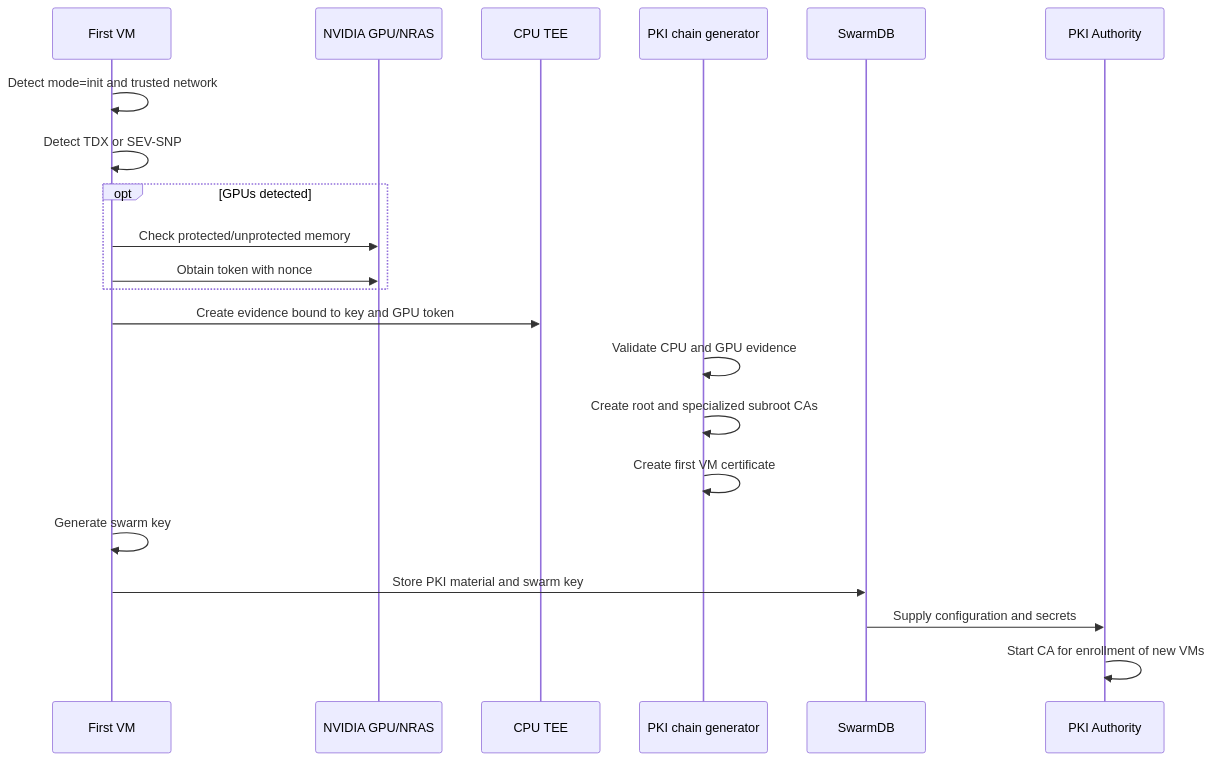
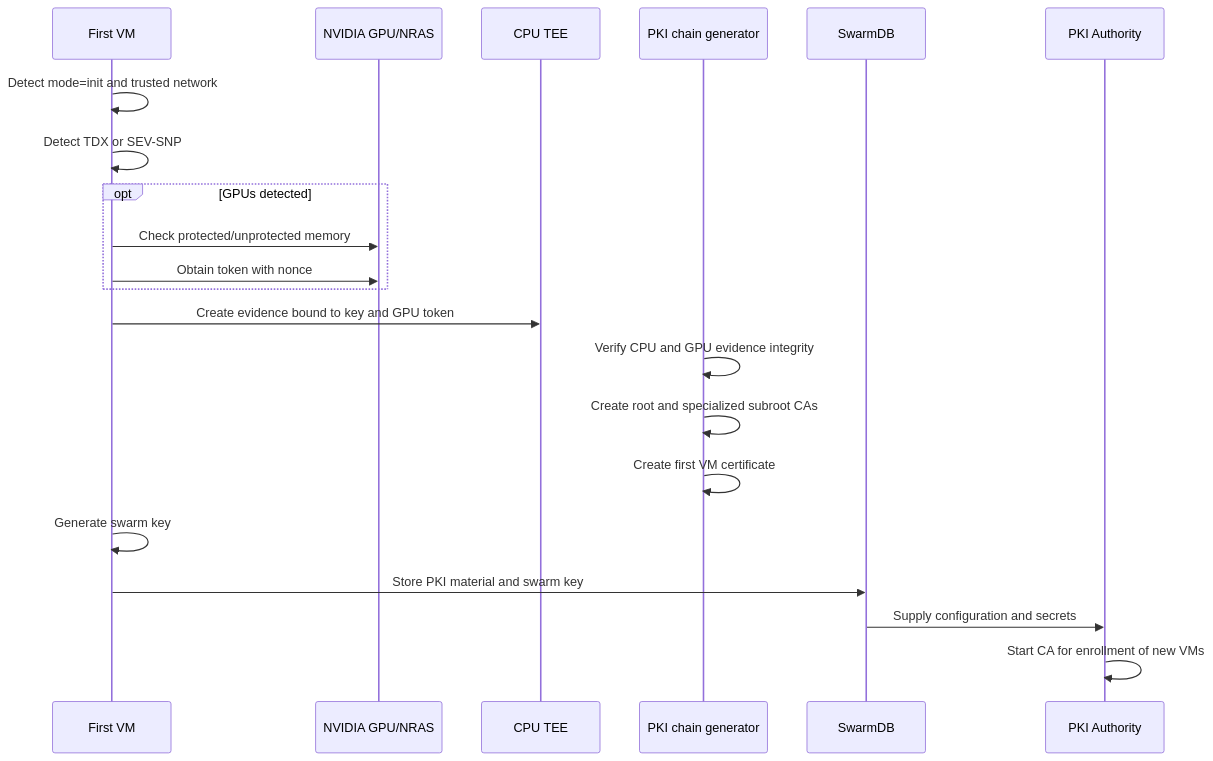
One commit to Super-Protocol/sp-vm changed the diagram in docs/02-first-vm-bootstrap.md. Above: the diagram before and after it, drawn with Mermaid. The commit also changed other lines of this file and 9 other files, not shown here.

````diff
--- a/docs/02-first-vm-bootstrap.md
+++ b/docs/02-first-vm-bootstrap.md
@@ -22,24 +22,24 @@
 ```mermaid
 sequenceDiagram
     participant VM as First VM
     participant GPU as NVIDIA GPU/NRAS
     participant TEE as CPU TEE
     participant GEN as PKI chain generator
     participant DB as SwarmDB
     participant PKI as PKI Authority
 
     VM->>VM: Detect mode=init and trusted network
     VM->>VM: Detect TDX or SEV-SNP
     opt GPUs detected
         VM->>GPU: Check protected/unprotected memory
         VM->>GPU: Obtain token with nonce
     end
     VM->>TEE: Create evidence bound to key and GPU token
-    GEN->>GEN: Validate CPU and GPU evidence
+    GEN->>GEN: Verify CPU and GPU evidence integrity
     GEN->>GEN: Create root and specialized subroot CAs
     GEN->>GEN: Create first VM certificate
     VM->>VM: Generate swarm key
     VM->>DB: Store PKI material and swarm key
     DB->>PKI: Supply configuration and secrets
     PKI->>PKI: Start CA for enrollment of new VMs
 ```
````
